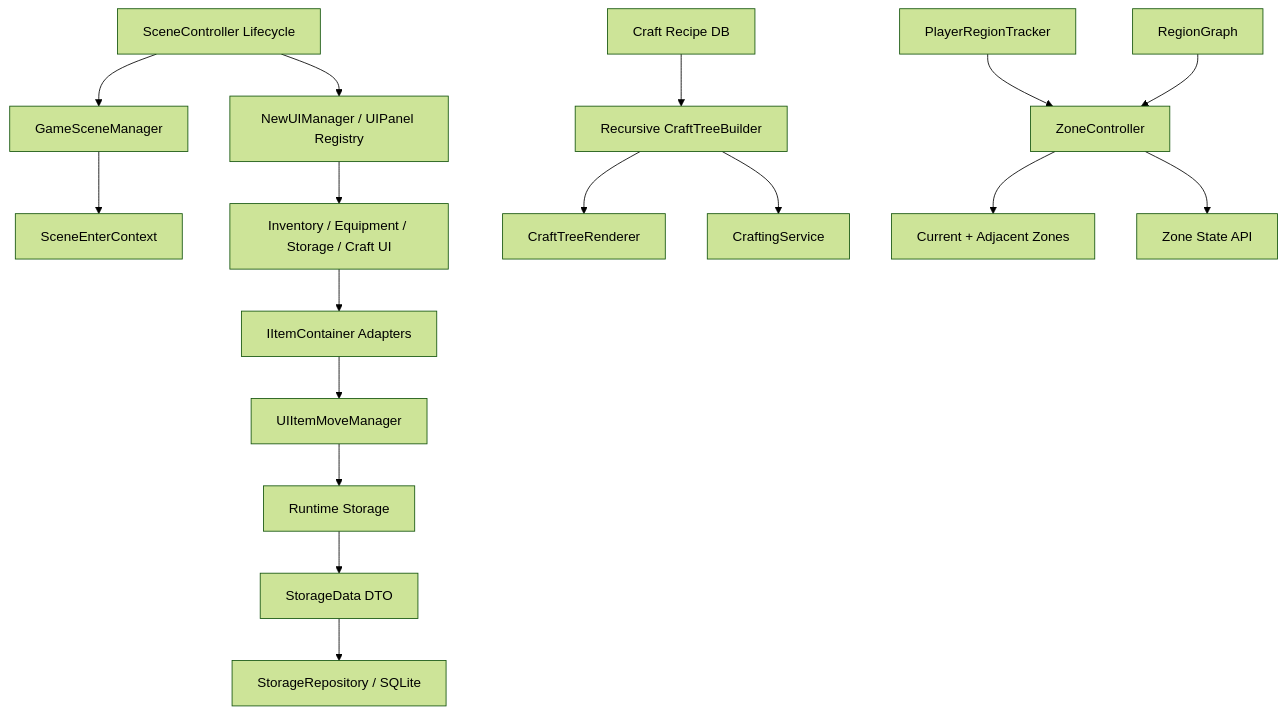
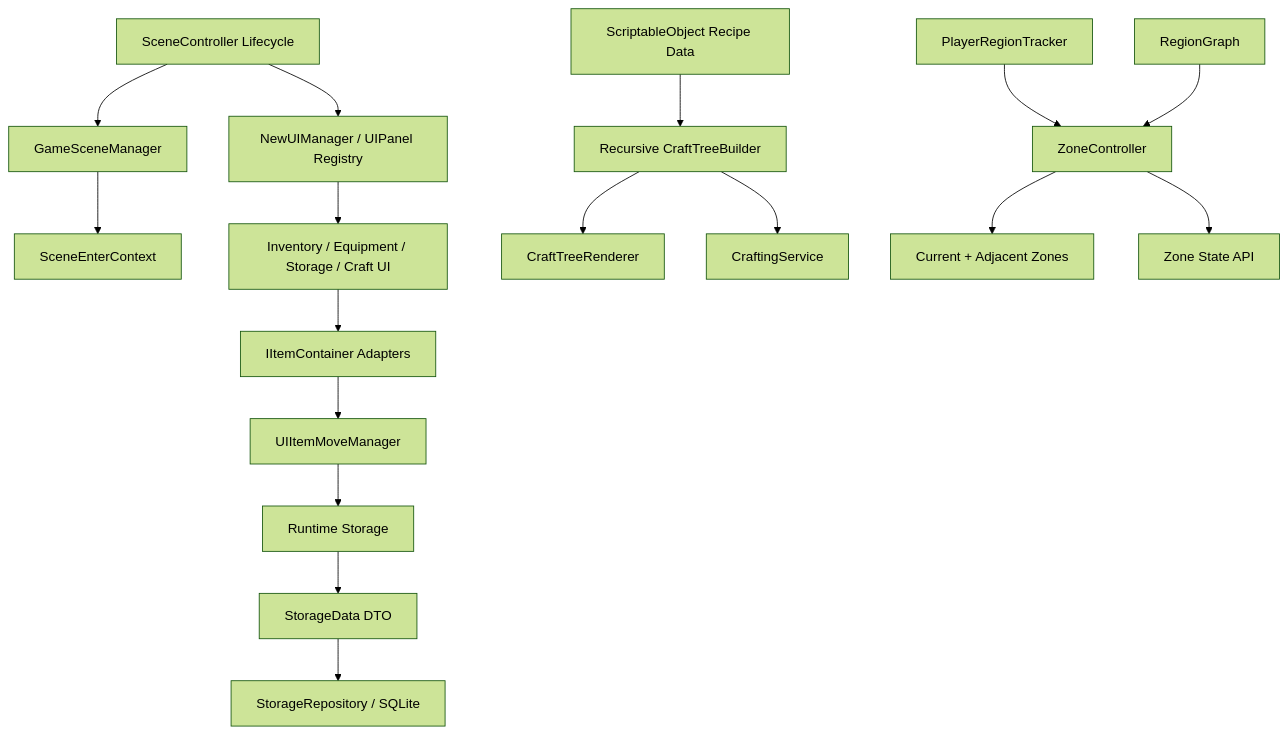
The diagram in docs/architecture.md (SJ97p/EscapeFromEternalReturn-CodeMap), drawn with Mermaid (forest theme) before and after one commit. The commit also changed 7 other files, not shown here.

Commit message:
docs: clarify architecture decisions and scope

````diff
--- a/docs/architecture.md
+++ b/docs/architecture.md
@@ -9,22 +9,22 @@
 ```mermaid
 flowchart TD
     Scene[SceneController Lifecycle] --> Manager[GameSceneManager]
     Manager --> Context[SceneEnterContext]
     Scene --> UI[NewUIManager / UIPanel Registry]
     UI --> Panels[Inventory / Equipment / Storage / Craft UI]
 
-    Recipe[Craft Recipe DB] --> Tree[Recursive CraftTreeBuilder]
+    Recipe[ScriptableObject Recipe Data] --> Tree[Recursive CraftTreeBuilder]
     Tree --> CraftUI[CraftTreeRenderer]
     Tree --> CraftService[CraftingService]
 
     Panels --> Container[IItemContainer Adapters]
     Container --> Move[UIItemMoveManager]
     Move --> Storage[Runtime Storage]
     Storage --> DTO[StorageData DTO]
     DTO --> Repo[StorageRepository / SQLite]
 
     RegionTracker[PlayerRegionTracker] --> ZoneController
     RegionGraph[RegionGraph] --> ZoneController
     ZoneController --> ActiveZones[Current + Adjacent Zones]
     ZoneController --> ZoneState[Zone State API]
 ```
````
